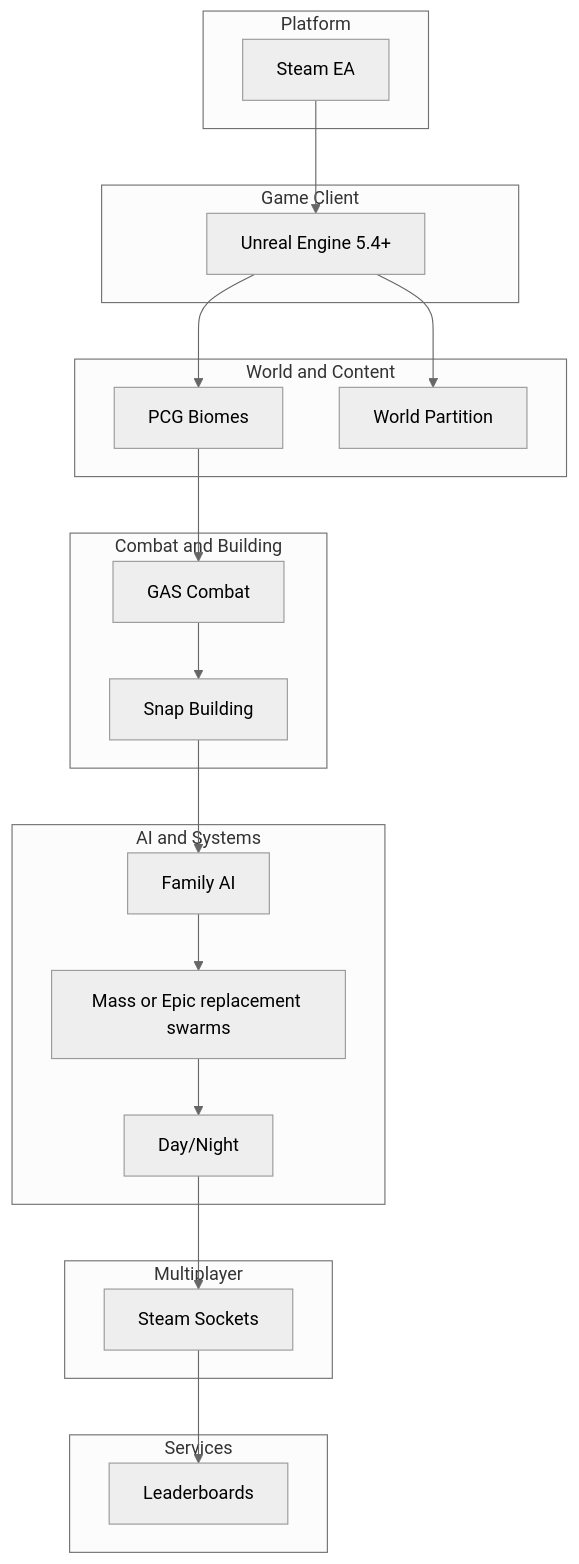
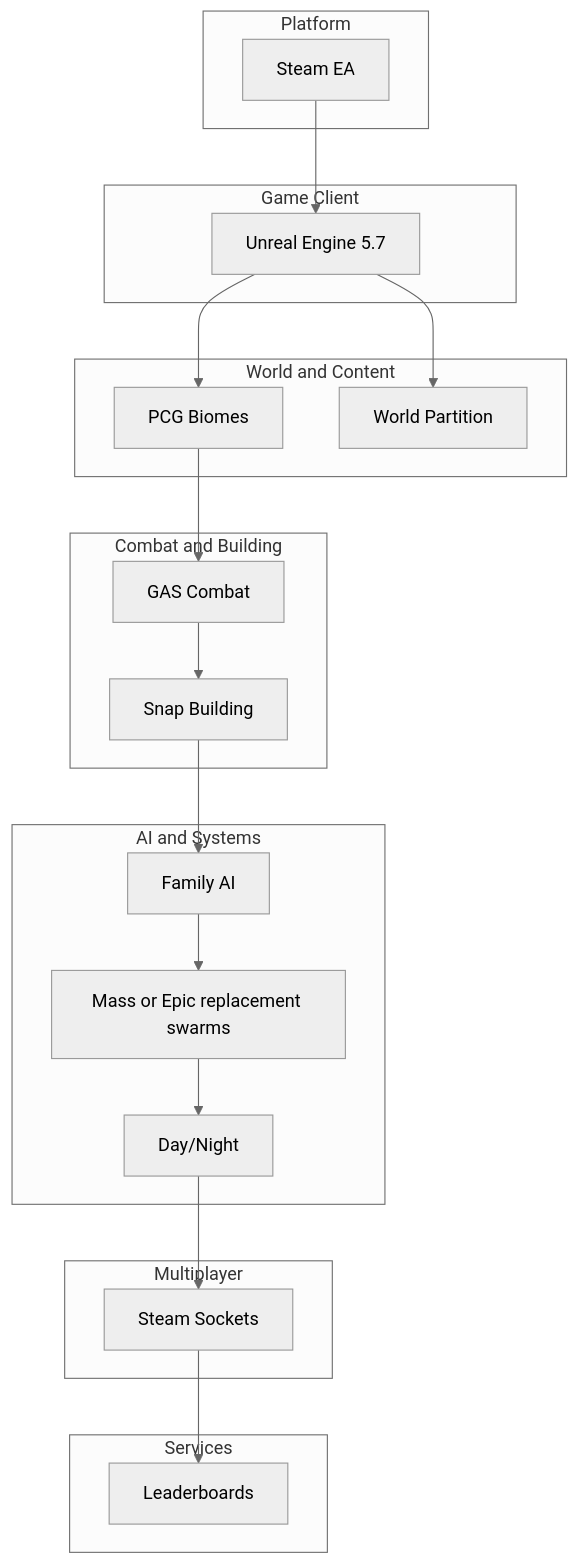
One commit to XylarDark/HomeWorld changed the diagram in docs/STACK_PLAN.md. Above: the diagram before and after it, drawn with Mermaid (neutral theme). The commit also changed other lines of this file and 37 other files, not shown here.

````diff
--- a/docs/STACK_PLAN.md
+++ b/docs/STACK_PLAN.md
@@ -9,37 +9,37 @@
 ```mermaid
 flowchart TB
   subgraph platform [Platform]
     Steam[Steam EA]
   end
   subgraph client [Game Client]
-    UE[Unreal Engine 5.4+]
+    UE[Unreal Engine 5.7]
   end
   subgraph world [World and Content]
     PCG[PCG Biomes]
     WP[World Partition]
   end
   subgraph gameplay [Combat and Building]
     GAS[GAS Combat]
     Build[Snap Building]
   end
   subgraph ai [AI and Systems]
     FamilyAI[Family AI]
     Mass[Mass or Epic replacement swarms]
     DayNight[Day/Night]
   end
   subgraph net [Multiplayer]
     SteamSockets[Steam Sockets]
   end
   subgraph services [Services]
     Leaderboards[Leaderboards]
   end
   Steam --> UE --> PCG
   UE --> WP
   PCG --> GAS
   GAS --> Build
   Build --> FamilyAI
   FamilyAI --> Mass
   Mass --> DayNight
   DayNight --> SteamSockets
   SteamSockets --> Leaderboards
 ```
````
